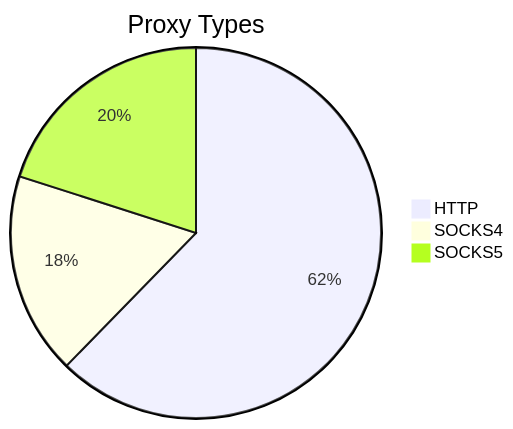
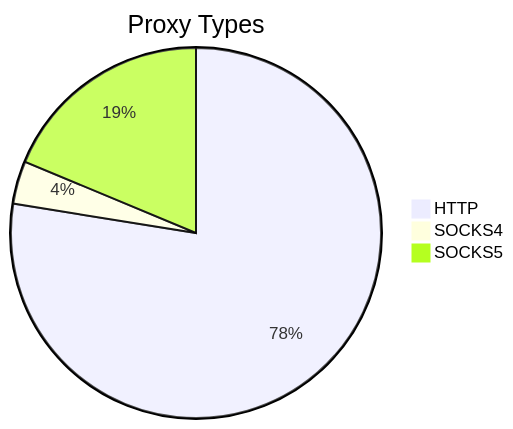
The first of 2 diagrams in README.md (stormsia/proxy-list), drawn with Mermaid before and after one commit. The commit also changed other lines of this file, not shown here.

````diff
--- a/README.md
+++ b/README.md
@@ -21,6 +21,6 @@
 ```mermaid
 pie title Proxy Types
-    "HTTP" : 233
-    "SOCKS4" : 66
-    "SOCKS5" : 75
+    "HTTP" : 145
+    "SOCKS4" : 7
+    "SOCKS5" : 35
 ```
````
